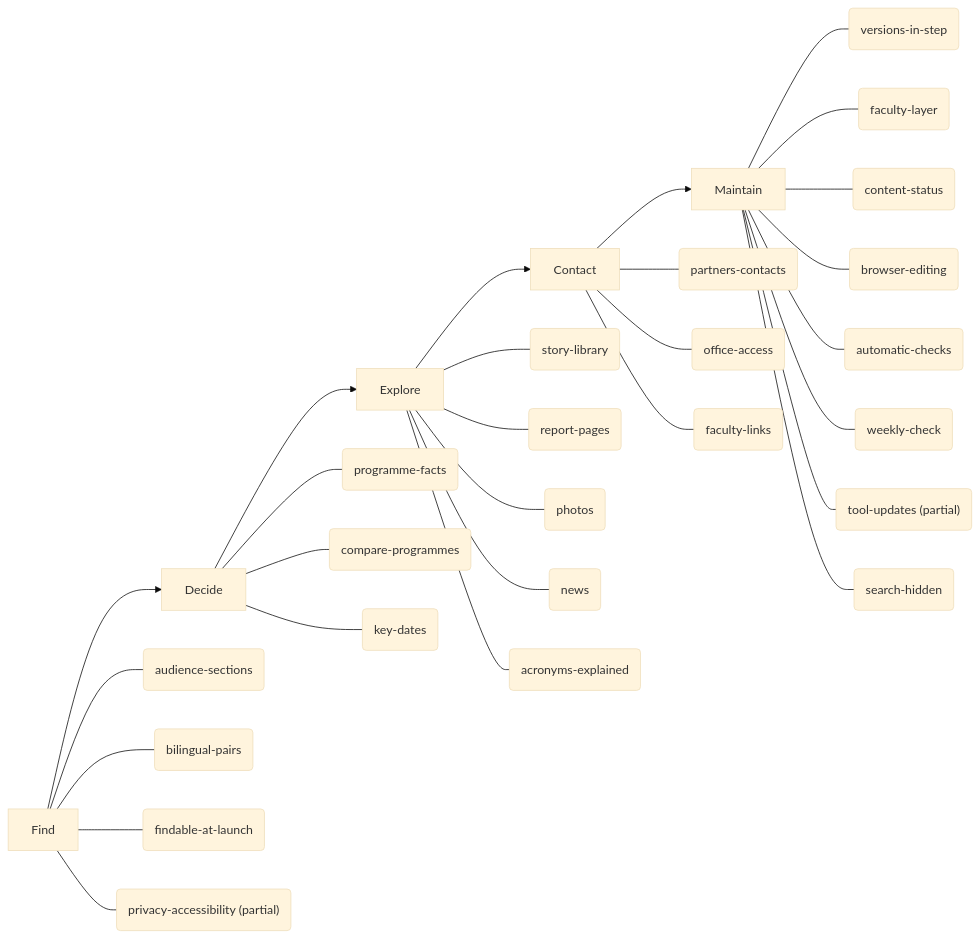
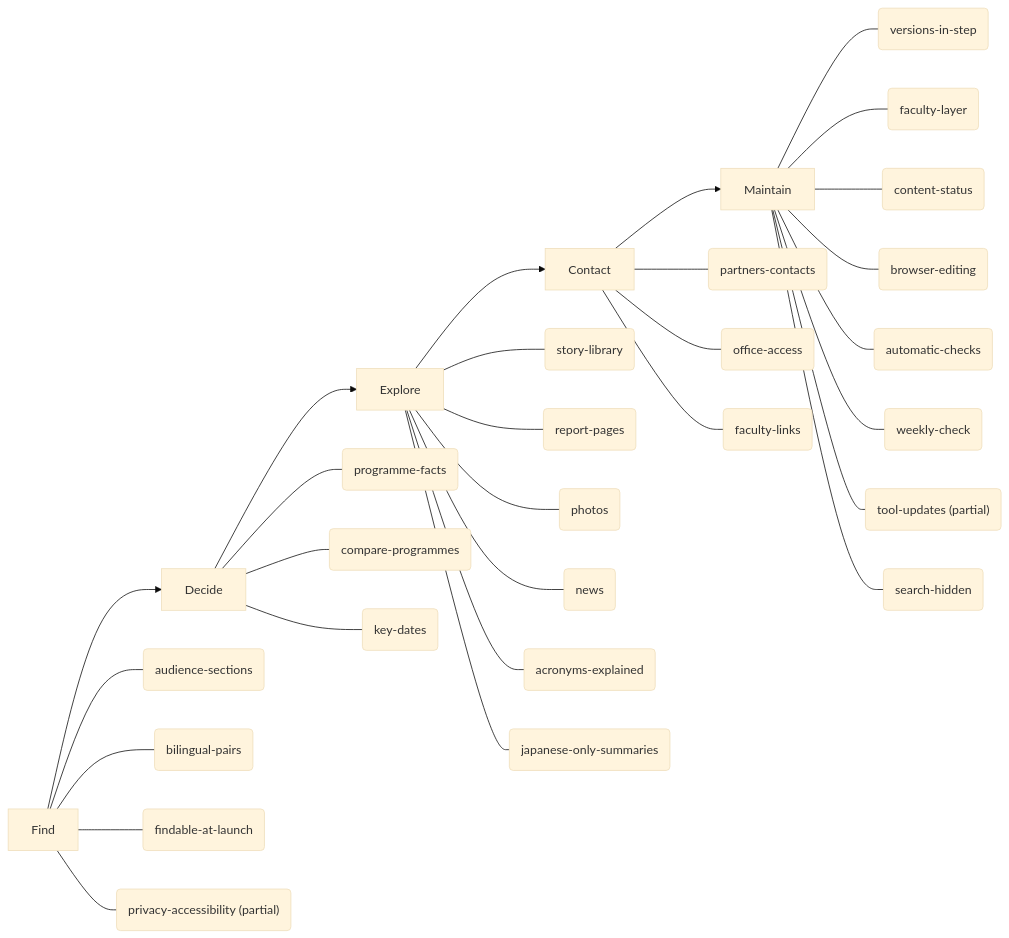
The diagram in docs/features.md (BasileChretien/nagoya-med-intl-prototype), drawn with Mermaid (base theme) before and after one commit. The commit also changed other lines of this file and 19 other files, not shown here.

````diff
--- a/docs/features.md
+++ b/docs/features.md
@@ -5,35 +5,36 @@
 ```mermaid
 flowchart LR
   S0["Find"]
   S1["Decide"]
   S2["Explore"]
   S3["Contact"]
   S4["Maintain"]
   S0 --> S1
   S1 --> S2
   S2 --> S3
   S3 --> S4
   S0 --- audience_sections("audience-sections")
   S0 --- bilingual_pairs("bilingual-pairs")
   S1 --- programme_facts("programme-facts")
   S1 --- compare_programmes("compare-programmes")
   S1 --- key_dates("key-dates")
   S2 --- story_library("story-library")
   S2 --- report_pages("report-pages")
   S2 --- photos("photos")
   S2 --- news("news")
   S3 --- partners_contacts("partners-contacts")
   S3 --- office_access("office-access")
   S2 --- acronyms_explained("acronyms-explained")
+  S2 --- japanese_only_summaries("japanese-only-summaries")
   S3 --- faculty_links("faculty-links")
   S4 --- versions_in_step("versions-in-step")
   S4 --- faculty_layer("faculty-layer")
   S4 --- content_status("content-status")
   S4 --- browser_editing("browser-editing")
   S4 --- automatic_checks("automatic-checks")
   S4 --- weekly_check("weekly-check")
   S4 --- tool_updates("tool-updates (partial)")
   S4 --- search_hidden("search-hidden")
   S0 --- findable_at_launch("findable-at-launch")
   S0 --- privacy_accessibility("privacy-accessibility (partial)")
 ```
````
